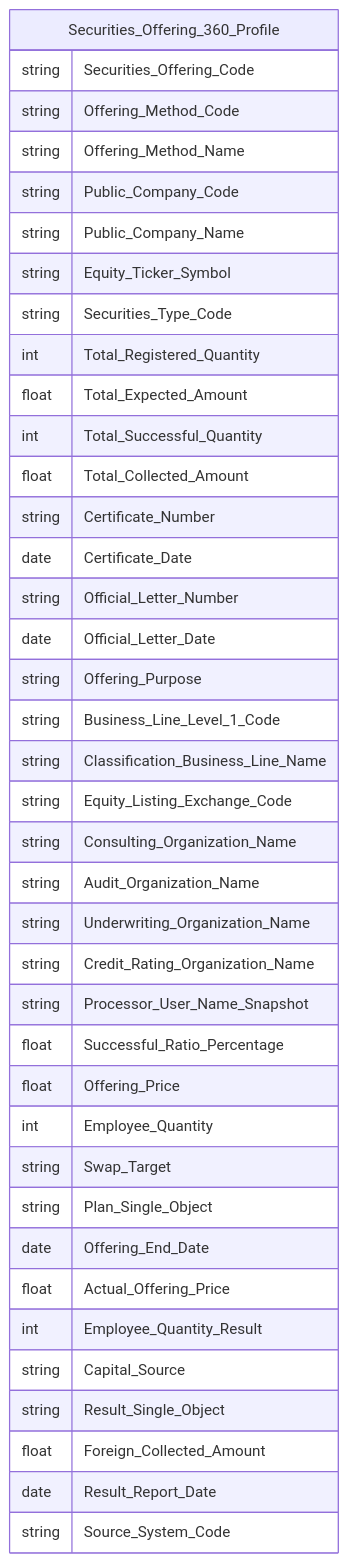
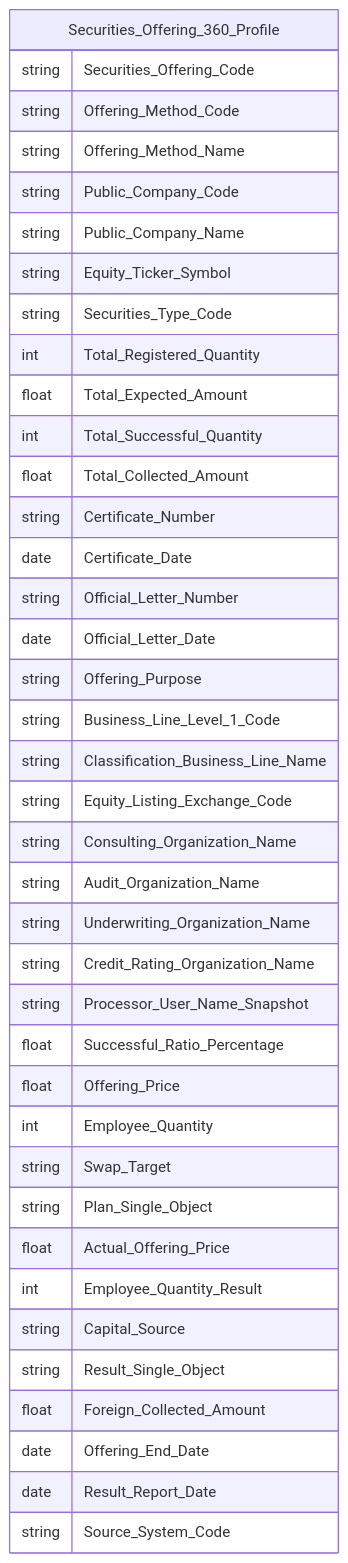
Before and after one commit to linhlvit/ubck_atomic_design: diagram 12 of 22 in Datamart/hld/DTM_QLCB_HLD.md, drawn with Mermaid. The commit also changed other lines of this file and 9 other files, not shown here.

````diff
--- a/Datamart/hld/DTM_QLCB_HLD.md
+++ b/Datamart/hld/DTM_QLCB_HLD.md
@@ -660,42 +660,42 @@
 ```mermaid
 erDiagram
     Securities_Offering_360_Profile {
         string Securities_Offering_Code
         string Offering_Method_Code
         string Offering_Method_Name
         string Public_Company_Code
         string Public_Company_Name
         string Equity_Ticker_Symbol
         string Securities_Type_Code
         int Total_Registered_Quantity
         float Total_Expected_Amount
         int Total_Successful_Quantity
         float Total_Collected_Amount
         string Certificate_Number
         date Certificate_Date
         string Official_Letter_Number
         date Official_Letter_Date
         string Offering_Purpose
         string Business_Line_Level_1_Code
         string Classification_Business_Line_Name
         string Equity_Listing_Exchange_Code
         string Consulting_Organization_Name
         string Audit_Organization_Name
         string Underwriting_Organization_Name
         string Credit_Rating_Organization_Name
         string Processor_User_Name_Snapshot
         float Successful_Ratio_Percentage
         float Offering_Price
         int Employee_Quantity
         string Swap_Target
         string Plan_Single_Object
-        date Offering_End_Date
         float Actual_Offering_Price
         int Employee_Quantity_Result
         string Capital_Source
         string Result_Single_Object
         float Foreign_Collected_Amount
+        date Offering_End_Date
         date Result_Report_Date
         string Source_System_Code
     }
 ```
````
